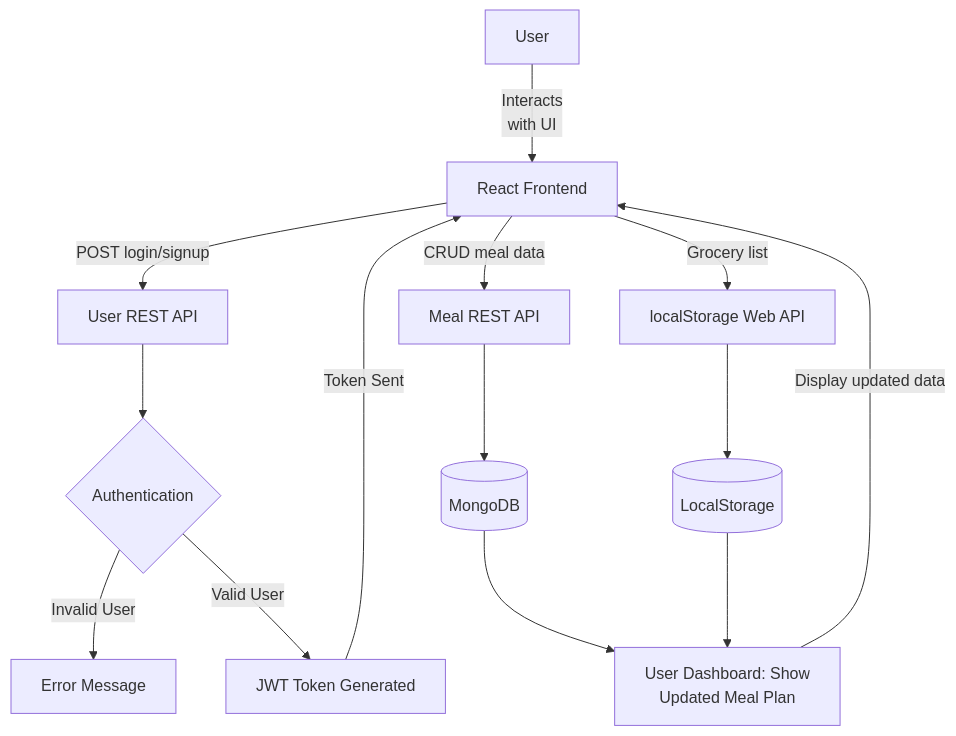
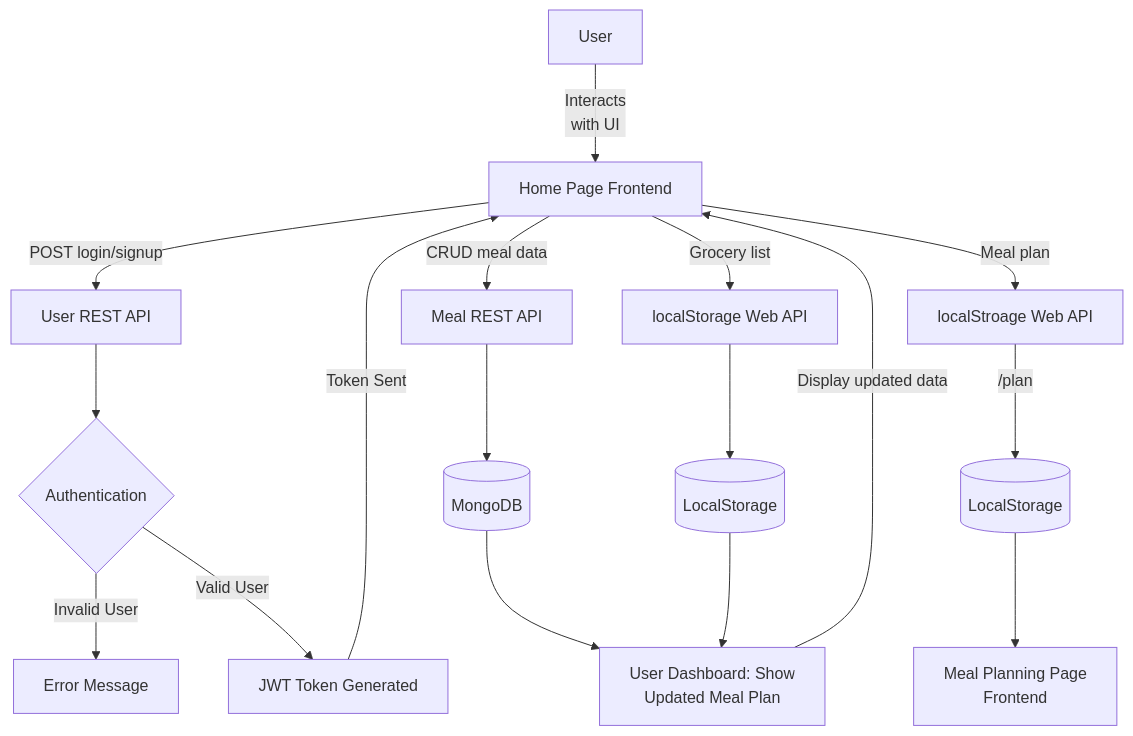
One commit to aarosan/grocery_grid changed the diagram in README.md. Above: the diagram before and after it, drawn with Mermaid.

Commit message:
Updated Meal Plan functionality documentation in README.md

````diff
--- a/README.md
+++ b/README.md
@@ -14,21 +14,26 @@
 ```mermaid
 graph TD
-    A[User] -->|Interacts<br>with UI| B[React Frontend]
+    A[User] -->|Interacts<br>with UI| B[Home Page Frontend]
     B -->|POST login/signup| C[User REST API]
     C --> D{Authentication}
     D -->|Invalid User| F[Error Message]
     D -->|Valid User| E[JWT Token Generated]
 
     E -->|Token Sent| B
 
+
     B -->|CRUD meal data| G[Meal REST API]
     G --> H[(MongoDB)]
+
+    B -- Meal plan --> M[localStroage Web API]
+    M -- /plan --> N[(LocalStorage)]
+    N --> P[Meal Planning Page<br>Frontend]
 
     B -->|Grocery list| K[localStorage Web API]
     K --> L[(LocalStorage)]
 
     H --> O[User Dashboard: Show<br>Updated Meal Plan]
     L --> O
 
     O -->|Display updated data| B
 ```
````
